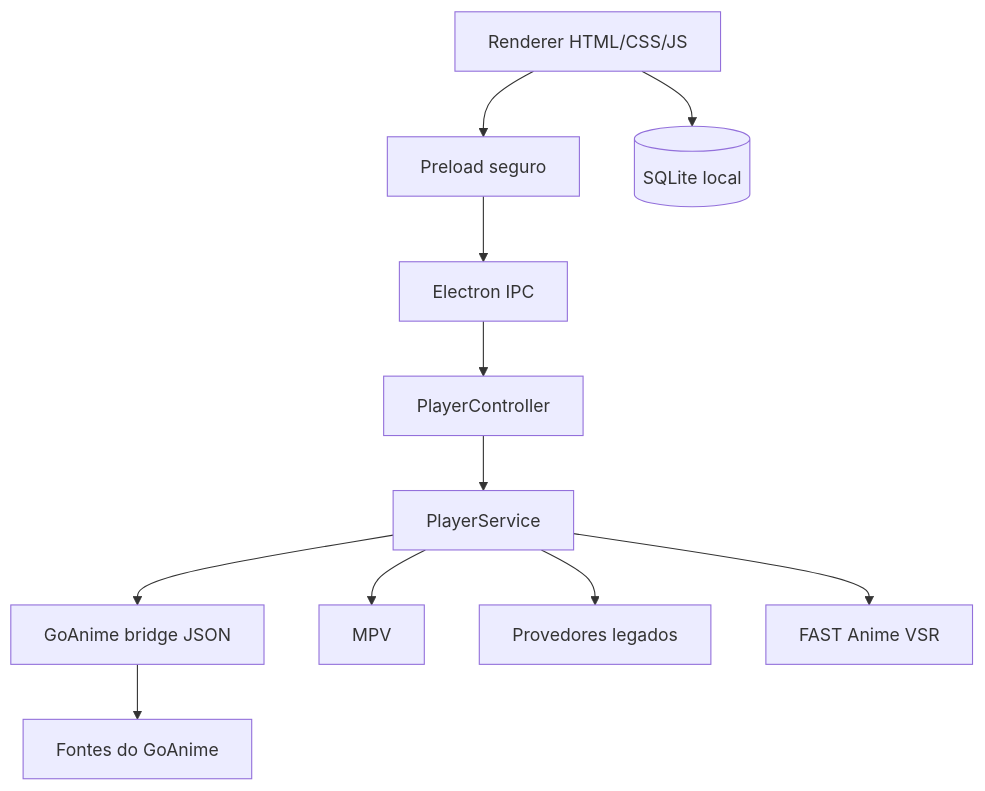
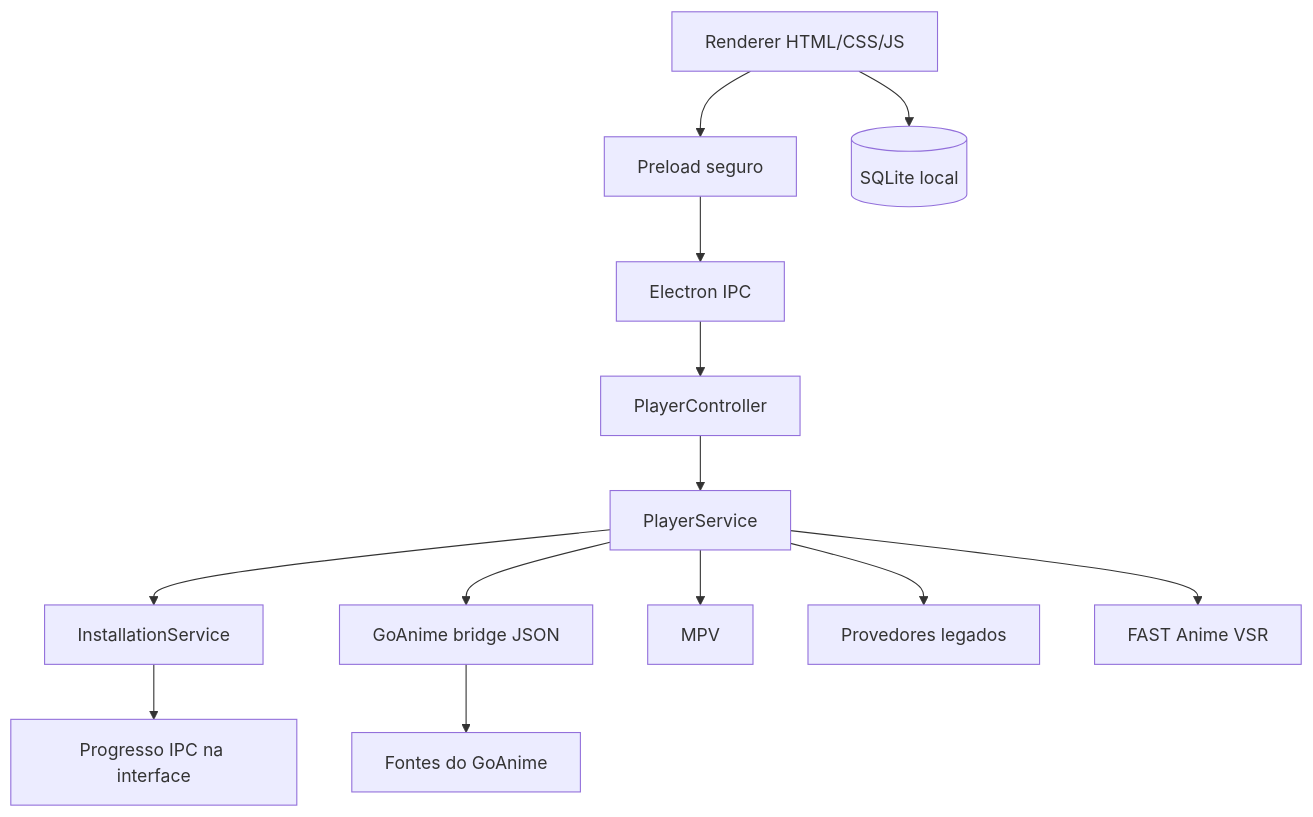
Before and after one commit to RaphaelTW/kitsuneDesk: the diagram in README.md, drawn with Mermaid. The commit also changed other lines of this file and 13 other files, not shown here.

````diff
--- a/README.md
+++ b/README.md
@@ -172,13 +184,15 @@
 ```mermaid
 flowchart TD
     UI[Renderer HTML/CSS/JS] --> PRELOAD[Preload seguro]
     PRELOAD --> IPC[Electron IPC]
     IPC --> CONTROLLER[PlayerController]
     CONTROLLER --> SERVICE[PlayerService]
+    SERVICE --> INSTALLER[InstallationService]
+    INSTALLER --> PROGRESS[Progresso IPC na interface]
     SERVICE --> BRIDGE[GoAnime bridge JSON]
     BRIDGE --> SOURCES[Fontes do GoAnime]
     SERVICE --> MPV[MPV]
     SERVICE --> LEGACY[Provedores legados]
     SERVICE --> TOOLS[FAST Anime VSR]
     UI --> DB[(SQLite local)]
 ```
````
